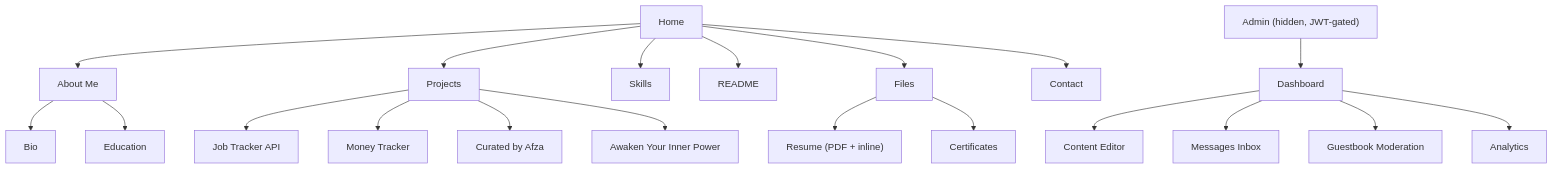
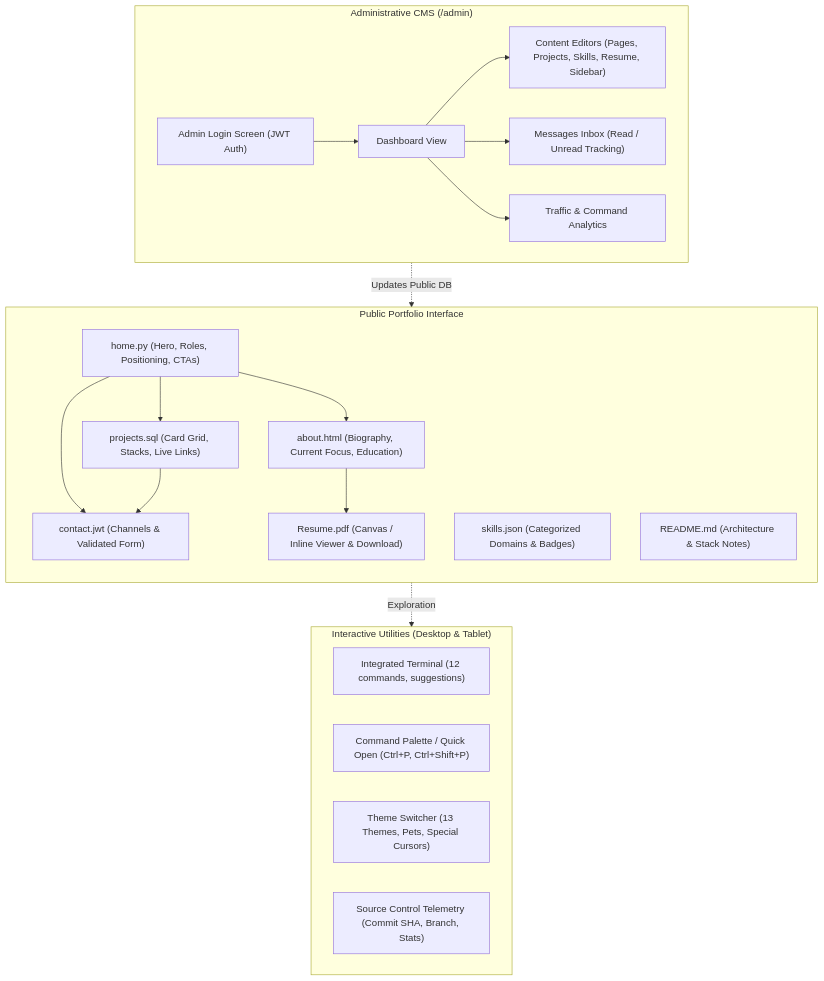
The first of 5 diagrams in docs/architecture/user-flow.md (Ibrahim-2005/portfolio), drawn with Mermaid before and after one commit. The commit also changed other lines of this file and 7 other files, not shown here.

Commit message:
docs: finalize planning and architecture

````diff
--- a/docs/architecture/user-flow.md
+++ b/docs/architecture/user-flow.md
@@ -7,44 +19,42 @@
 ```mermaid
 flowchart TD
-    Home["Home"]
-    About["About Me"]
-    Bio["Bio"]
-    Edu["Education"]
-    Projects["Projects"]
-    P1["Job Tracker API"]
-    P2["Money Tracker"]
-    P3["Curated by Afza"]
-    P4["Awaken Your Inner Power"]
-    Skills["Skills"]
-    Readme["README"]
-    Files["Files"]
-    Resume["Resume (PDF + inline)"]
-    Certs["Certificates"]
-    Contact["Contact"]
-    Admin["Admin (hidden, JWT-gated)"]
-    Dashboard["Dashboard"]
-    Editor["Content Editor"]
-    Inbox["Messages Inbox"]
-    Guestbook["Guestbook Moderation"]
-    AnalyticsView["Analytics"]
+    subgraph Public["Public Portfolio Interface"]
+        direction TB
+        Home["home.py (Hero, Roles, Positioning, CTAs)"]
+        About["about.html (Biography, Current Focus, Education)"]
+        Projects["projects.sql (Card Grid, Stacks, Live Links)"]
+        Skills["skills.json (Categorized Domains & Badges)"]
+        Resume["Resume.pdf (Canvas / Inline Viewer & Download)"]
+        Contact["contact.jwt (Channels & Validated Form)"]
+        Readme["README.md (Architecture & Stack Notes)"]
 
-    Home --> About --> Bio
-    About --> Edu
-    Home --> Projects
-    Projects --> P1
-    Projects --> P2
-    Projects --> P3
-    Projects --> P4
-    Home --> Skills
-    Home --> Readme
-    Home --> Files
-    Files --> Resume
-    Files --> Certs
-    Home --> Contact
+        Home --> Projects
+        Home --> About
+        Home --> Contact
+        About --> Resume
+        Projects --> Contact
+    end
 
-    Admin --> Dashboard
-    Dashboard --> Editor
-    Dashboard --> Inbox
-    Dashboard --> Guestbook
-    Dashboard --> AnalyticsView
+    subgraph Utilities["Interactive Utilities (Desktop & Tablet)"]
+        Terminal["Integrated Terminal (12 commands, suggestions)"]
+        Palette["Command Palette / Quick Open (Ctrl+P, Ctrl+Shift+P)"]
+        Themes["Theme Switcher (13 Themes, Pets, Special Cursors)"]
+        GitInfo["Source Control Telemetry (Commit SHA, Branch, Stats)"]
+    end
+
+    subgraph Admin["Administrative CMS (/admin)"]
+        Login["Admin Login Screen (JWT Auth)"]
+        Dashboard["Dashboard View"]
+        CMS["Content Editors (Pages, Projects, Skills, Resume, Sidebar)"]
+        Inbox["Messages Inbox (Read / Unread Tracking)"]
+        Analytics["Traffic & Command Analytics"]
+
+        Login --> Dashboard
+        Dashboard --> CMS
+        Dashboard --> Inbox
+        Dashboard --> Analytics
+    end
+
+    Public -. "Exploration" .-> Utilities
+    Admin -. "Updates Public DB" .-> Public
 ```
````
